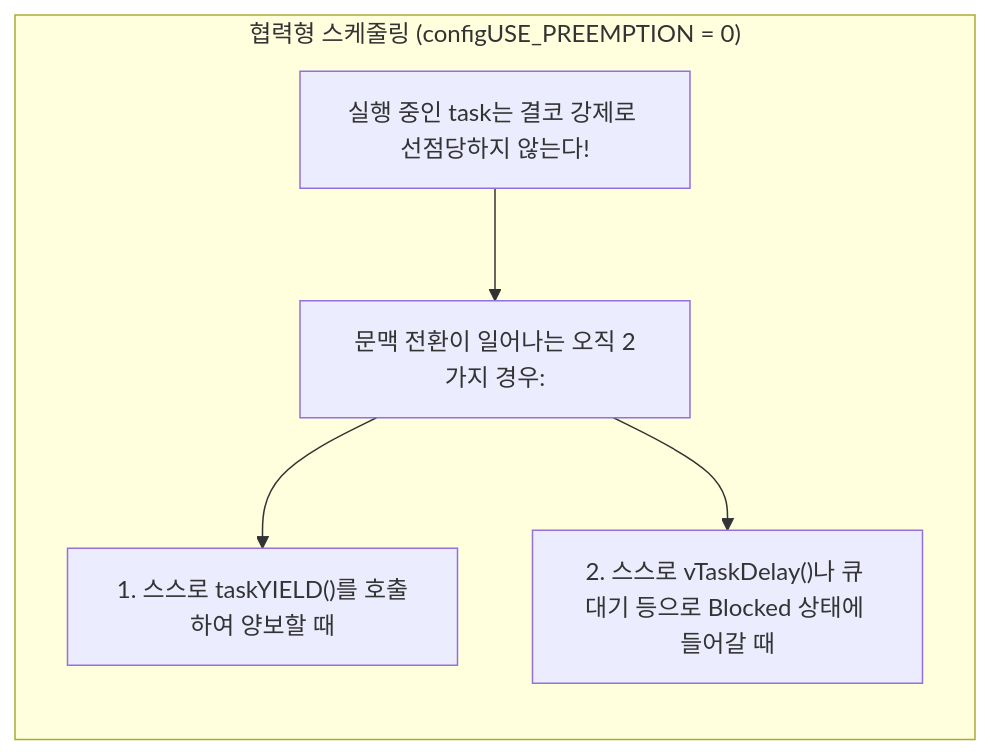
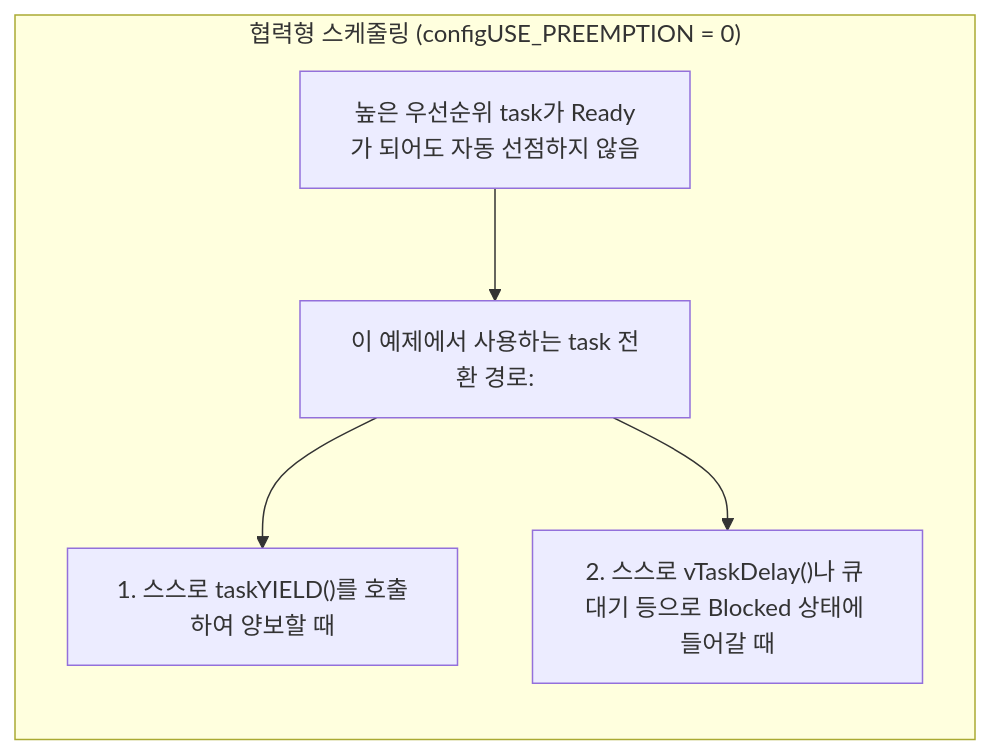
Before and after one commit to yunju-baek/FreeRTOS-Tutorials-ko: the first of 2 diagrams in ko/guides/tutorial_8.md, drawn with Mermaid. The commit also changed other lines of this file and 37 other files, not shown here.

````diff
--- a/ko/guides/tutorial_8.md
+++ b/ko/guides/tutorial_8.md
@@ -36,12 +38,12 @@
 ```mermaid
 flowchart TD
     subgraph Cooperative["협력형 스케줄링 (configUSE_PREEMPTION = 0)"]
         direction TB
-        C1["실행 중인 task는 결코 강제로 선점당하지 않는다!"]
-        C2["문맥 전환이 일어나는 오직 2가지 경우:"]
+        C1["높은 우선순위 task가 Ready가 되어도 자동 선점하지 않음"]
+        C2["이 예제에서 사용하는 task 전환 경로:"]
         C3["1. 스스로 taskYIELD()를 호출하여 양보할 때"]
         C4["2. 스스로 vTaskDelay()나 큐 대기 등으로 Blocked 상태에 들어갈 때"]
         C1 --> C2 --> C3
         C2 --> C4
     end
 ```
````
